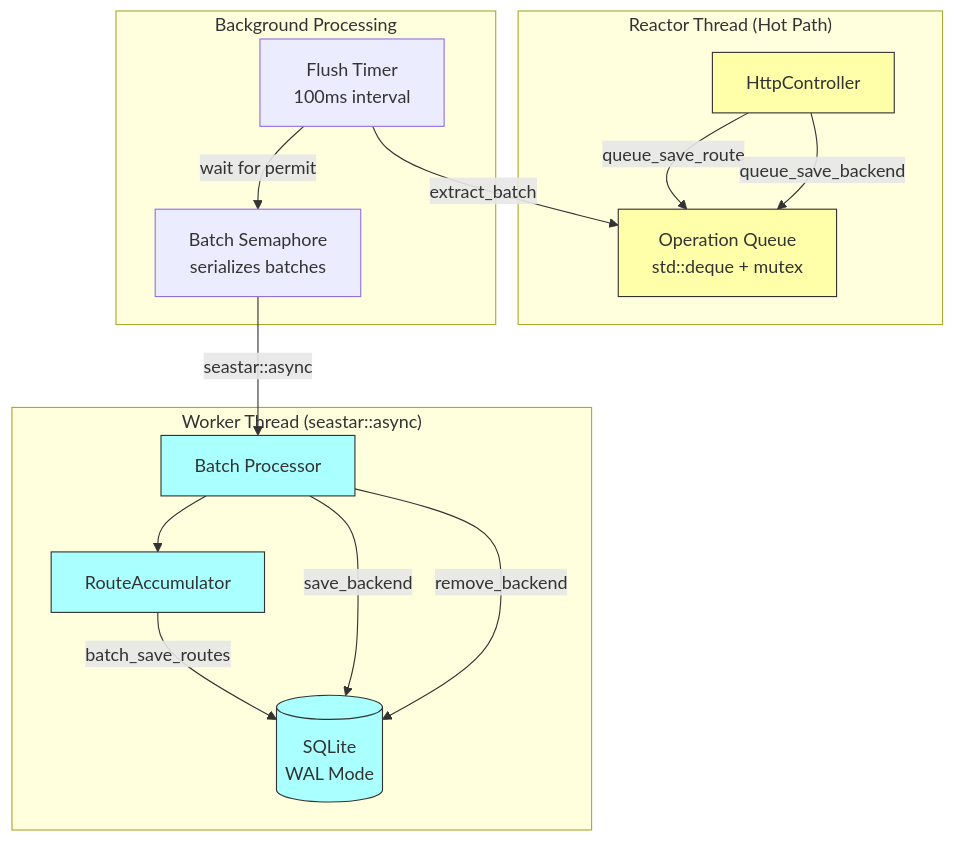
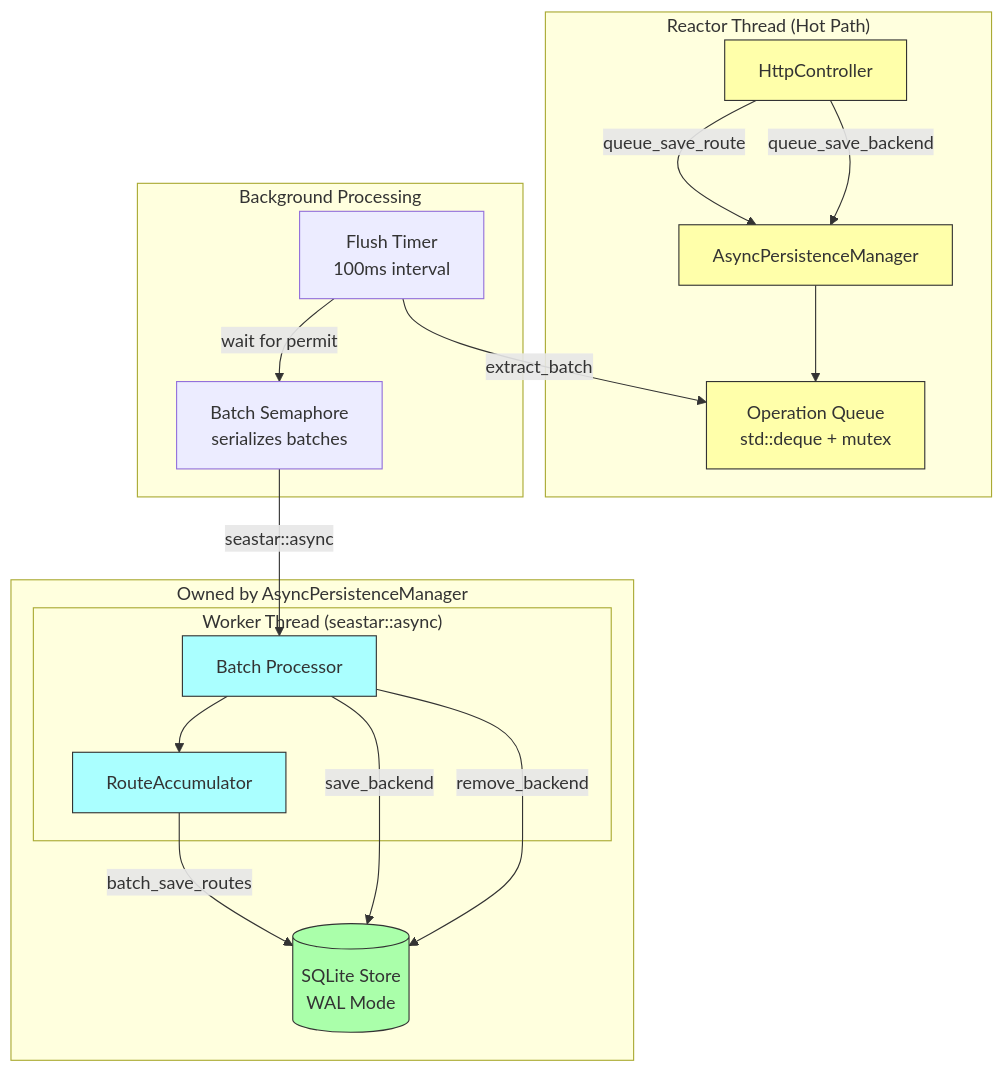
The first of 3 diagrams in docs/internals/async-persistence.md (Ranvier-Systems/ranvier-core), drawn with Mermaid before and after one commit. The commit also changed other lines of this file, not shown here.

First line of the commit message:
docs: update async-persistence documentation for new ownership model

````diff
--- a/docs/internals/async-persistence.md
+++ b/docs/internals/async-persistence.md
@@ -17,33 +19,39 @@
 ```mermaid
 flowchart TB
     subgraph "Reactor Thread (Hot Path)"
         HTTP[HttpController]
+        APM[AsyncPersistenceManager]
         Q[Operation Queue<br/>std::deque + mutex]
     end
 
     subgraph "Background Processing"
         T[Flush Timer<br/>100ms interval]
         S[Batch Semaphore<br/>serializes batches]
     end
 
-    subgraph "Worker Thread (seastar::async)"
-        B[Batch Processor]
-        RA[RouteAccumulator]
-        SQL[(SQLite<br/>WAL Mode)]
+    subgraph "Owned by AsyncPersistenceManager"
+        subgraph "Worker Thread (seastar::async)"
+            B[Batch Processor]
+            RA[RouteAccumulator]
+        end
+        SQL[(SQLite Store<br/>WAL Mode)]
     end
 
-    HTTP -->|queue_save_route| Q
-    HTTP -->|queue_save_backend| Q
+    HTTP -->|queue_save_route| APM
+    HTTP -->|queue_save_backend| APM
+    APM --> Q
     T -->|extract_batch| Q
     T -->|wait for permit| S
     S -->|seastar::async| B
     B --> RA
     RA -->|batch_save_routes| SQL
     B -->|save_backend| SQL
     B -->|remove_backend| SQL
 
     classDef hot fill:#ffa,stroke:#333
     classDef async fill:#aff,stroke:#333
-    class HTTP,Q hot
-    class B,RA,SQL async
+    classDef owned fill:#afa,stroke:#333
+    class HTTP,APM,Q hot
+    class B,RA async
+    class SQL owned
 ```
````
